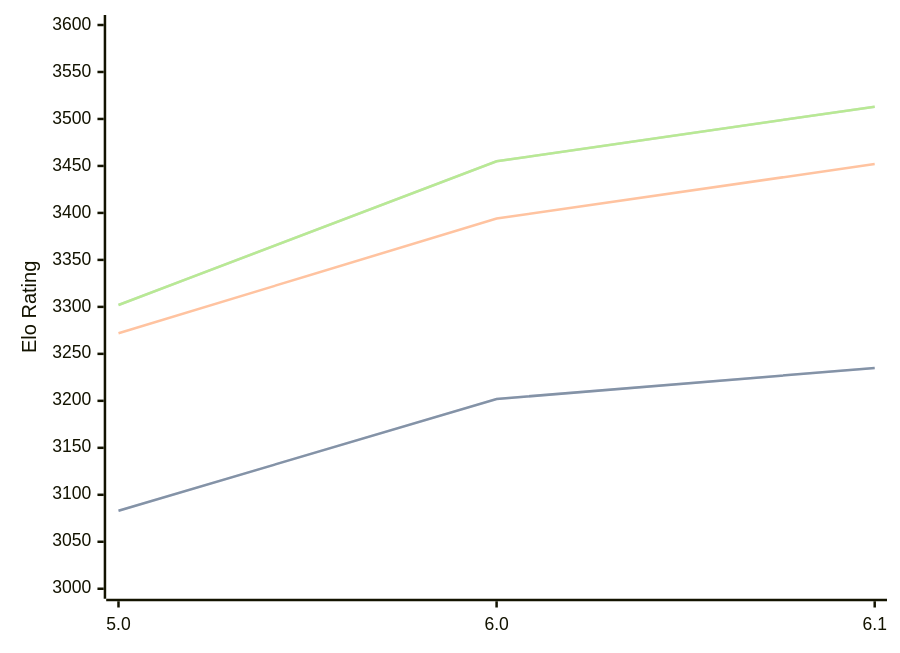
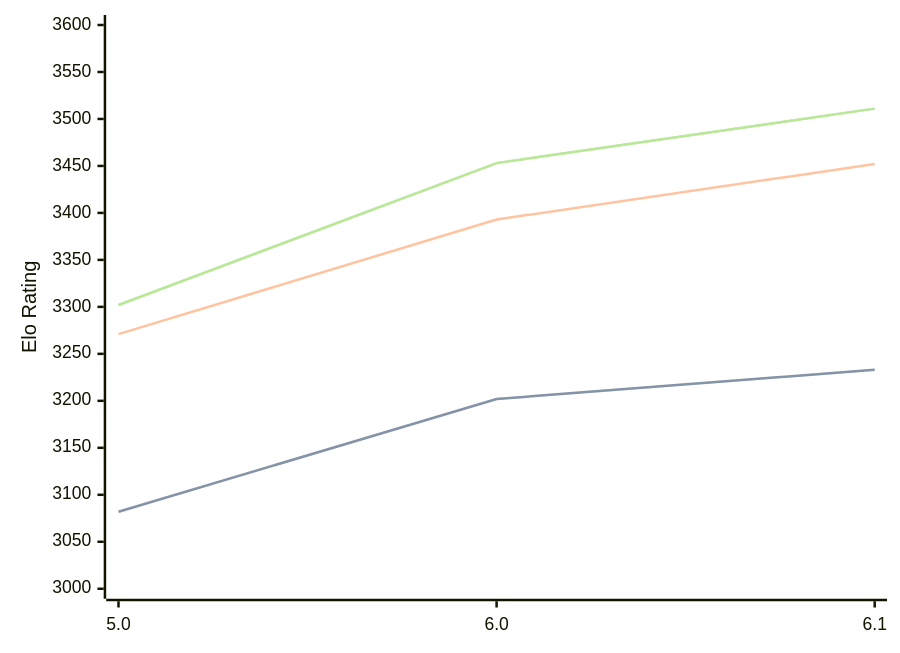
One commit to computer-chess-index/cci changed the diagram in engines/PZChessBot.md. Above: the diagram before and after it, drawn with Mermaid. The commit also changed other lines of this file, not shown here.

Commit message:
Update CCI Ratings (ELO VLTC) - 2026-04-17

````diff
--- a/engines/PZChessBot.md
+++ b/engines/PZChessBot.md
@@ -42,11 +42,11 @@
 ```mermaid
 %%{init: {"theme":"base","themeVariables":{"seriesColors:['#a3a3a3','#222221','#faa371']}}}%%
 xychart-beta
   x-axis ["5.0", "6.0", "6.1"]
   y-axis "Elo Rating" 3000 --> 3600
-  line "STC (8.0+0.08s)" [3083, 3202, 3235]
-  line "STC (8.0+0.08s)" [3083, 3202, 3235]
-  line "LTC (60.0+0.60s)" [3272, 3394, 3452]
-  line "VLTC (2m24s+1.12s)" [3302, 3455, 3513]
-  line "VLTC (2m24s+1.12s)" [3302, 3455, 3513]
+  line "STC (8.0+0.08s)" [3082, 3202, 3233]
+  line "STC (8.0+0.08s)" [3082, 3202, 3233]
+  line "LTC (60.0+0.60s)" [3271, 3393, 3452]
+  line "VLTC (2m24s+1.12s)" [3302, 3453, 3511]
+  line "VLTC (2m24s+1.12s)" [3302, 3453, 3511]
 ```
````
